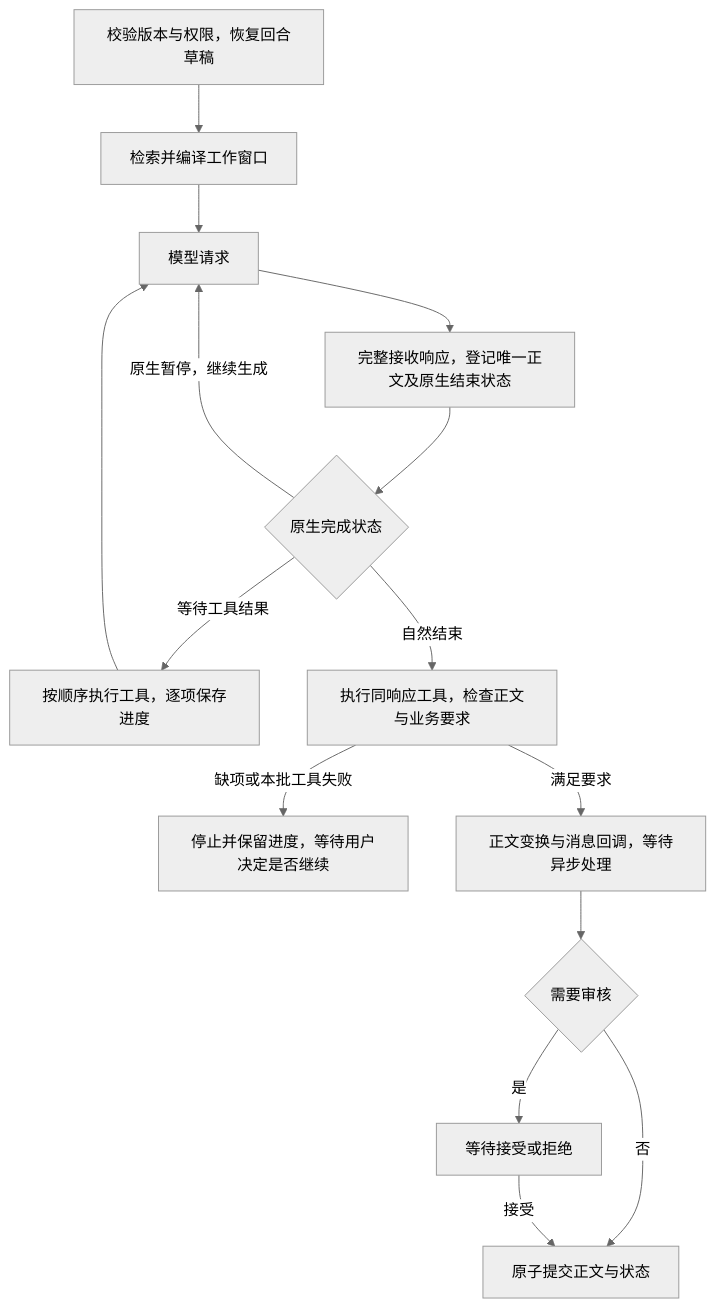
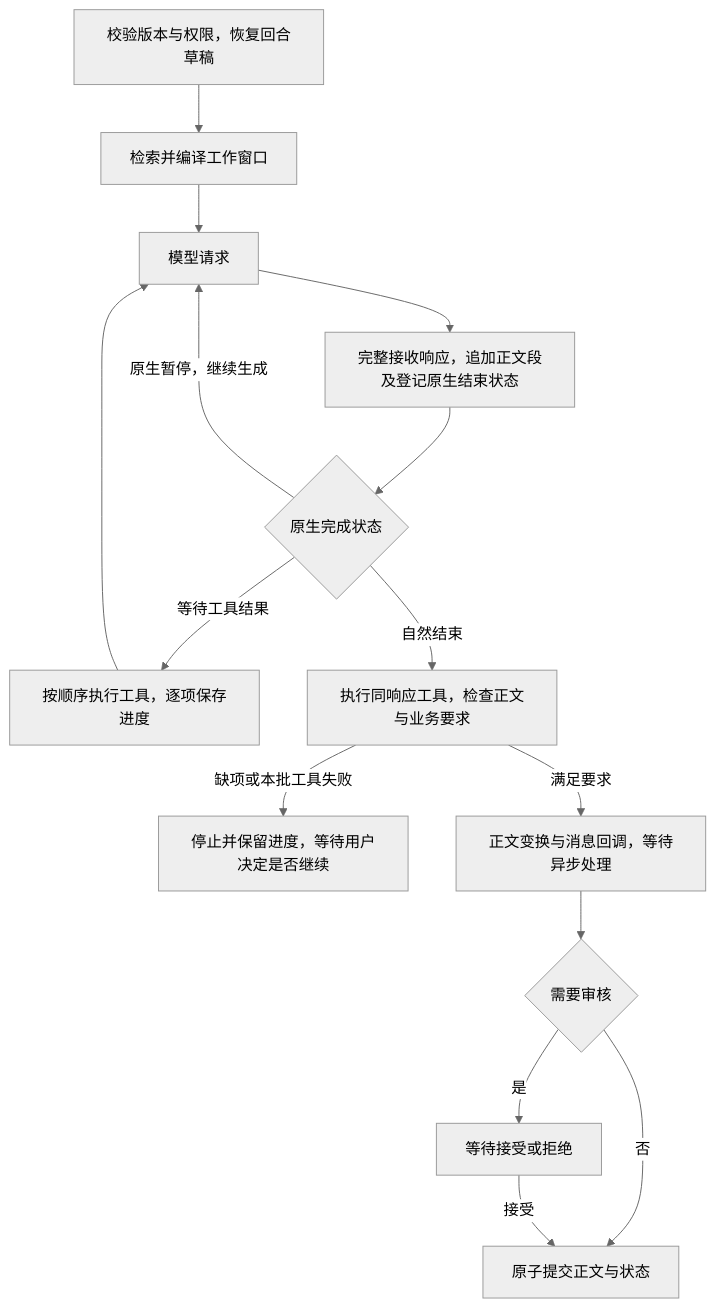
One commit to illuminatedworm/terrarium-tavern changed the diagram in docs/design/full-agent.md. Above: the diagram before and after it, drawn with Mermaid (neutral theme). The commit also changed other lines of this file and 39 other files, not shown here.

````diff
--- a/docs/design/full-agent.md
+++ b/docs/design/full-agent.md
@@ -35,17 +35,17 @@
 ```mermaid
 flowchart TD
     A[校验版本与权限，恢复回合草稿] --> B[检索并编译工作窗口]
     B --> C[模型请求]
-    C --> D[完整接收响应，登记唯一正文及原生结束状态]
+    C --> D[完整接收响应，追加正文段及登记原生结束状态]
     D --> E{原生完成状态}
     E -->|等待工具结果| F[按顺序执行工具，逐项保存进度]
     F --> C
     E -->|原生暂停，继续生成| C
     E -->|自然结束| G[执行同响应工具，检查正文与业务要求]
     G -->|缺项或本批工具失败| K[停止并保留进度，等待用户决定是否继续]
     G -->|满足要求| H[正文变换与消息回调，等待异步处理]
     H --> I{需要审核}
     I -->|是| J[等待接受或拒绝]
     I -->|否| L[原子提交正文与状态]
     J -->|接受| L
 ```
````
